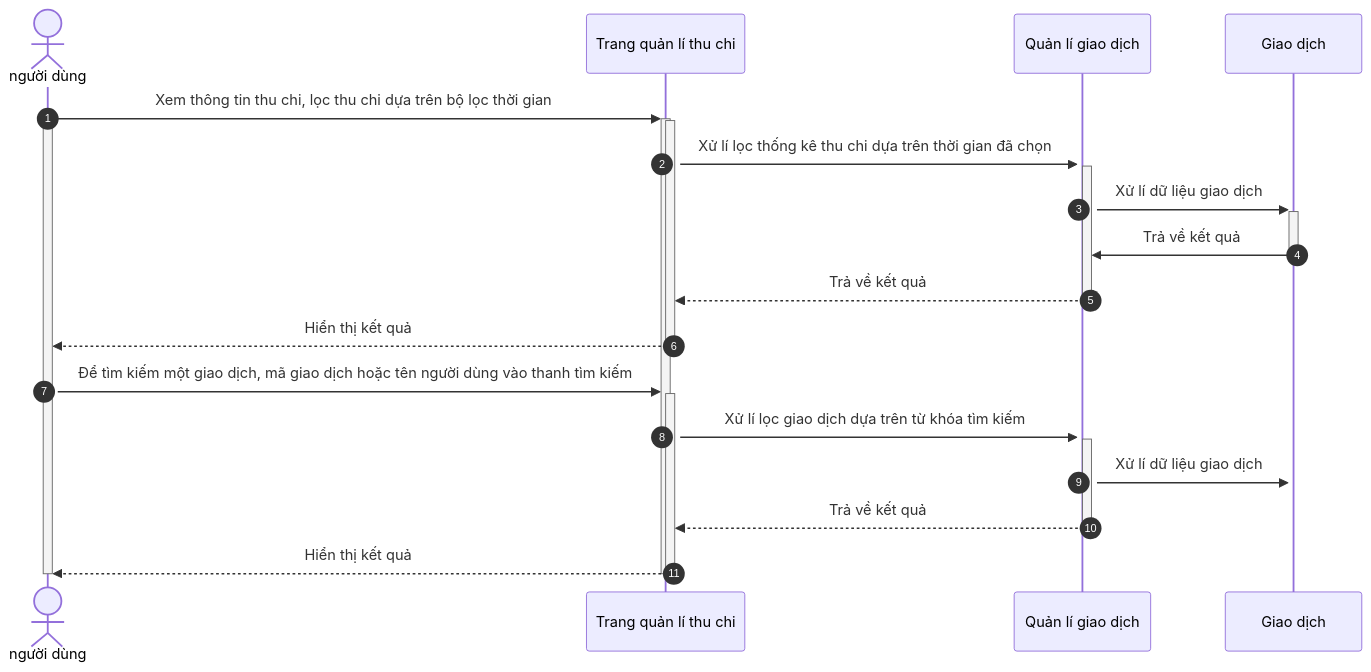
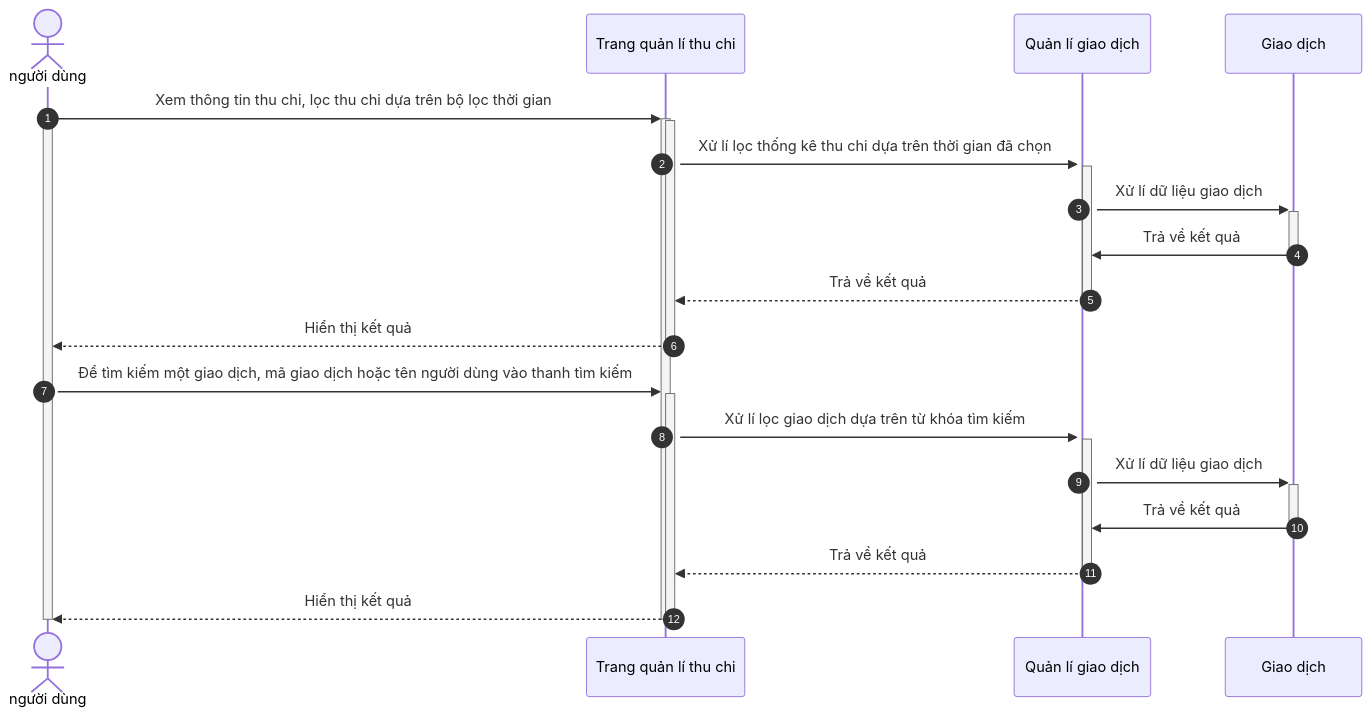
The diagram in .document/sequence/NguoiDung/QuanLiThuChi/QuanLiThuChi.md (LienNTB/sequence-Mori), drawn with Mermaid before and after one commit. The commit also changed 3 other files, not shown here.

````diff
--- a/.document/sequence/NguoiDung/QuanLiThuChi/QuanLiThuChi.md
+++ b/.document/sequence/NguoiDung/QuanLiThuChi/QuanLiThuChi.md
@@ -1,27 +1,28 @@
 ```mermaid
 sequenceDiagram
 actor user as người dùng
 participant ui as Trang quản lí thu chi
 participant manage as Quản lí giao dịch
 participant db as Giao dịch
 autonumber
 
 user->>+ui: Xem thông tin thu chi, lọc thu chi dựa trên bộ lọc thời gian
 activate user
 activate ui
 ui->>+manage: Xử lí lọc thống kê thu chi dựa trên thời gian đã chọn
 activate manage
 manage->>+db: Xử lí dữ liệu giao dịch
 db->>-manage:Trả về kết quả
 manage-->>-ui: Trả về kết quả
 ui-->>-user: Hiển thị kết quả
 
 user->>+ui: Để tìm kiếm một giao dịch, mã giao dịch hoặc tên người dùng vào thanh tìm kiếm
 ui->>+manage: Xử lí lọc giao dịch dựa trên từ khóa tìm kiếm
 manage->>+db: Xử lí dữ liệu giao dịch
+db->>-manage:Trả về kết quả
 manage-->>-ui: Trả về kết quả
 ui-->>-user: Hiển thị kết quả
 deactivate ui
 deactivate user
 
 ```
````
